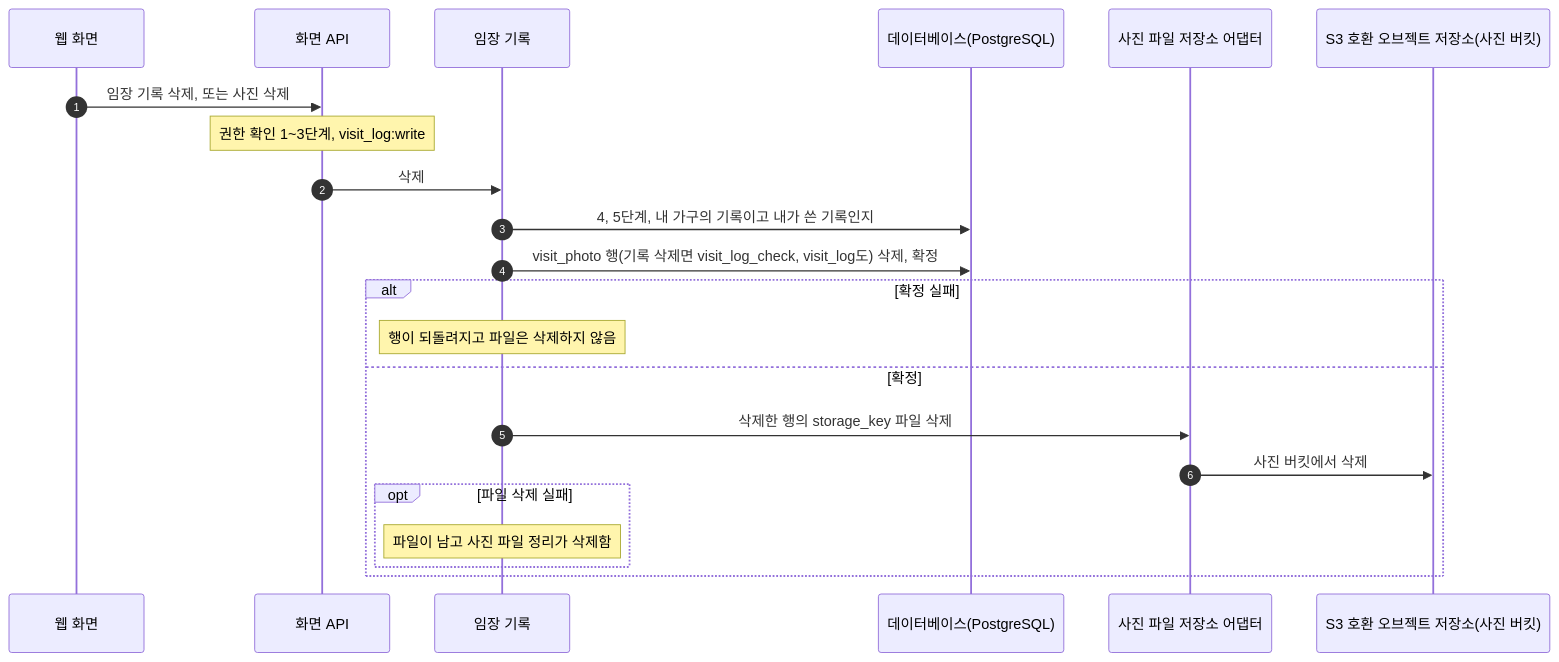
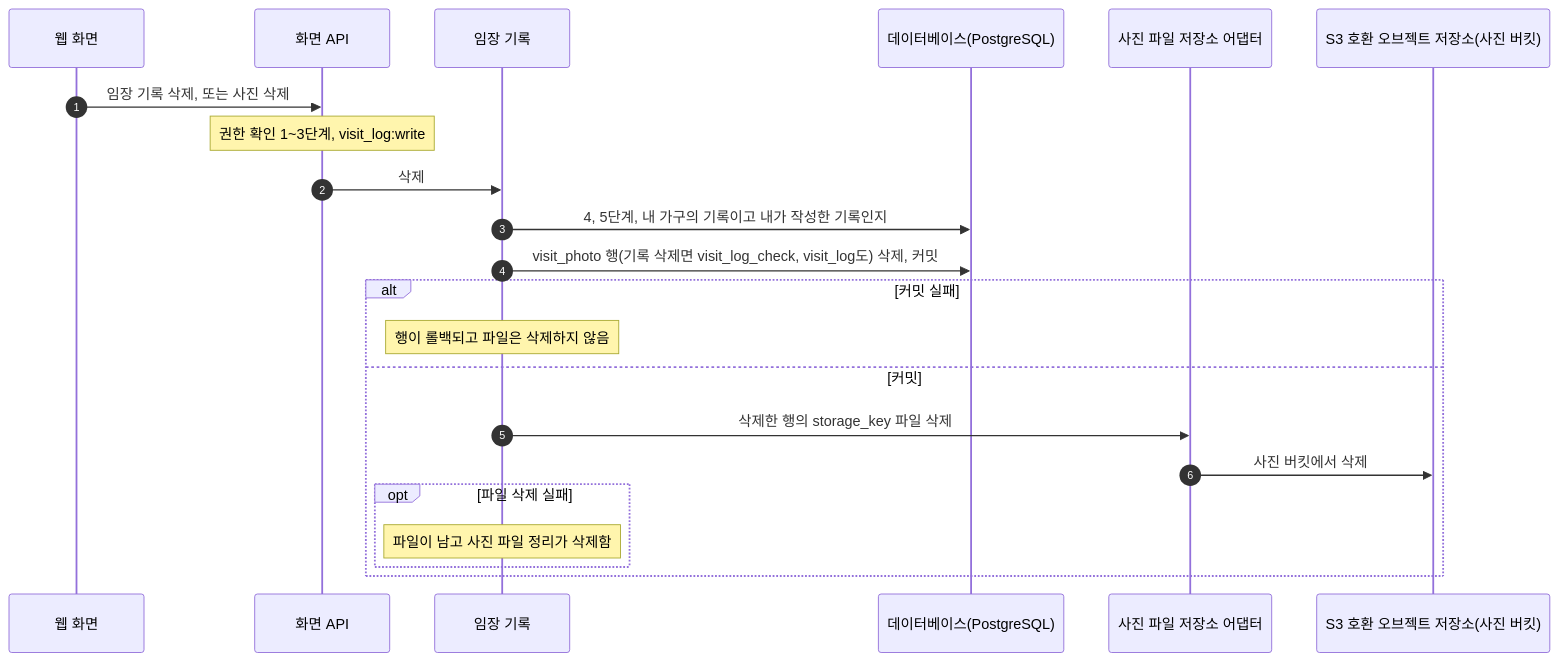
The eighth of 12 diagrams in docs/architecture/flows.md (Park-Seung-Hun/real-estate), drawn with Mermaid before and after one commit. The commit also changed other lines of this file and 22 other files, not shown here.

````diff
--- a/docs/architecture/flows.md
+++ b/docs/architecture/flows.md
@@ -398,25 +406,25 @@
 ```mermaid
 sequenceDiagram
   autonumber
   participant web as 웹 화면
   participant api as 화면 API
   participant visit as 임장 기록
   participant db as 데이터베이스(PostgreSQL)
   participant photoAd as 사진 파일 저장소 어댑터
   participant s3 as S3 호환 오브젝트 저장소(사진 버킷)
 
   web->>api: 임장 기록 삭제, 또는 사진 삭제
   Note over api: 권한 확인 1~3단계, visit_log:write
   api->>visit: 삭제
-  visit->>db: 4, 5단계, 내 가구의 기록이고 내가 쓴 기록인지
-  visit->>db: visit_photo 행(기록 삭제면 visit_log_check, visit_log도) 삭제, 확정
-  alt 확정 실패
-    Note over visit: 행이 되돌려지고 파일은 삭제하지 않음
-  else 확정
+  visit->>db: 4, 5단계, 내 가구의 기록이고 내가 작성한 기록인지
+  visit->>db: visit_photo 행(기록 삭제면 visit_log_check, visit_log도) 삭제, 커밋
+  alt 커밋 실패
+    Note over visit: 행이 롤백되고 파일은 삭제하지 않음
+  else 커밋
     visit->>photoAd: 삭제한 행의 storage_key 파일 삭제
     photoAd->>s3: 사진 버킷에서 삭제
     opt 파일 삭제 실패
       Note over visit: 파일이 남고 사진 파일 정리가 삭제함
     end
   end
 ```
````
